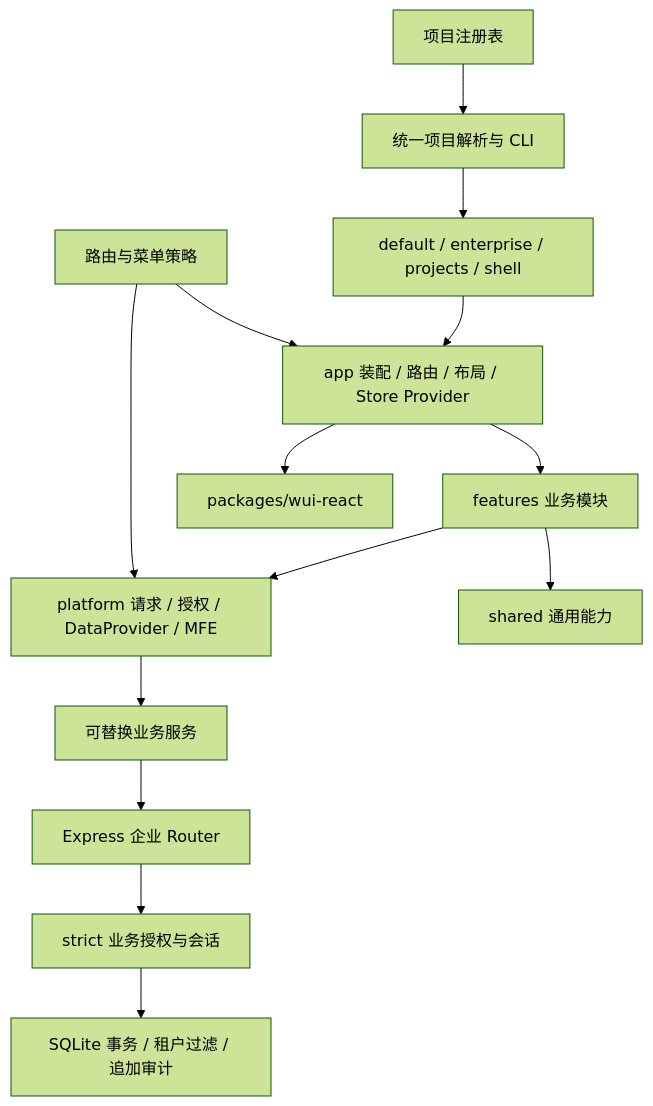
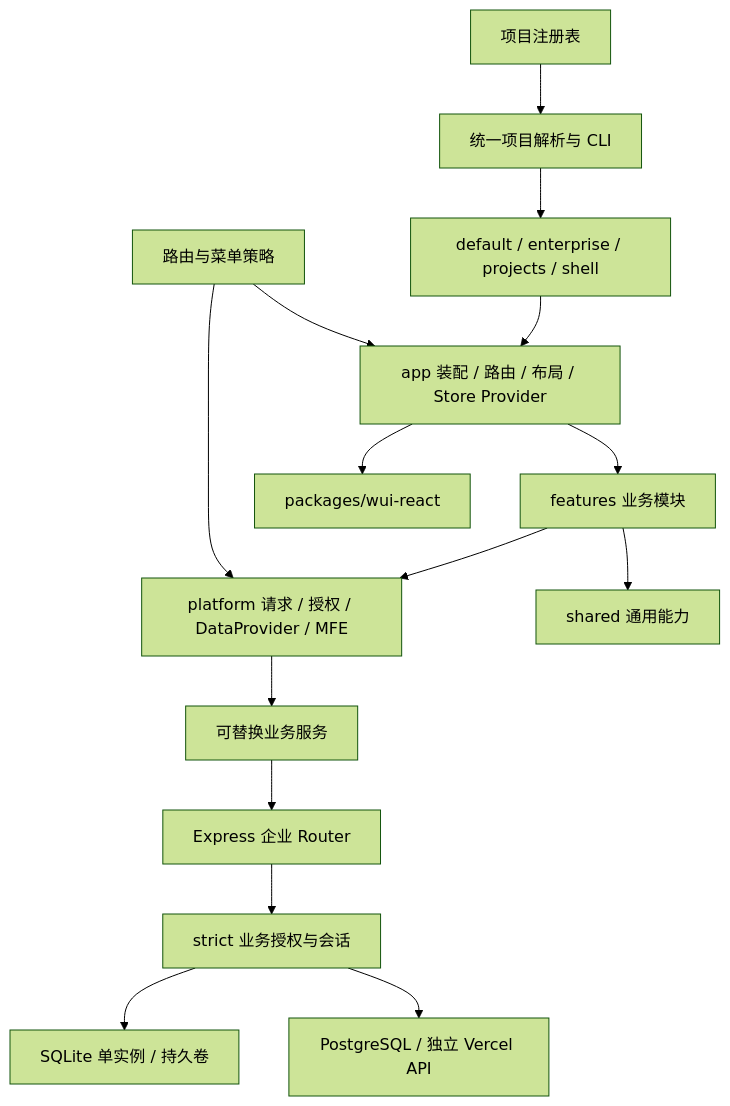
Before and after one commit to wkylin/pro-react-admin: the diagram in docs/architecture/ARCHITECTURE.md, drawn with Mermaid (forest theme). The commit also changed other lines of this file and 78 other files, not shown here.

````diff
--- a/docs/architecture/ARCHITECTURE.md
+++ b/docs/architecture/ARCHITECTURE.md
@@ -9,16 +9,17 @@
 ```mermaid
 flowchart TD
   Registry[项目注册表] --> Build[统一项目解析与 CLI]
   Build --> Roots[default / enterprise / projects / shell]
   Roots --> App[app 装配 / 路由 / 布局 / Store Provider]
   App --> Features[features 业务模块]
   Features --> Platform[platform 请求 / 授权 / DataProvider / MFE]
   Features --> Shared[shared 通用能力]
   App --> Package[packages/wui-react]
   Policy[路由与菜单策略] --> App
   Policy --> Platform
   Platform --> Service[可替换业务服务]
   Service --> HTTP[Express 企业 Router]
   HTTP --> Domain[strict 业务授权与会话]
-  Domain --> SQLite[SQLite 事务 / 租户过滤 / 追加审计]
+  Domain --> SQLite[SQLite 单实例 / 持久卷]
+  Domain --> Postgres[PostgreSQL / 独立 Vercel API]
 ```
````
